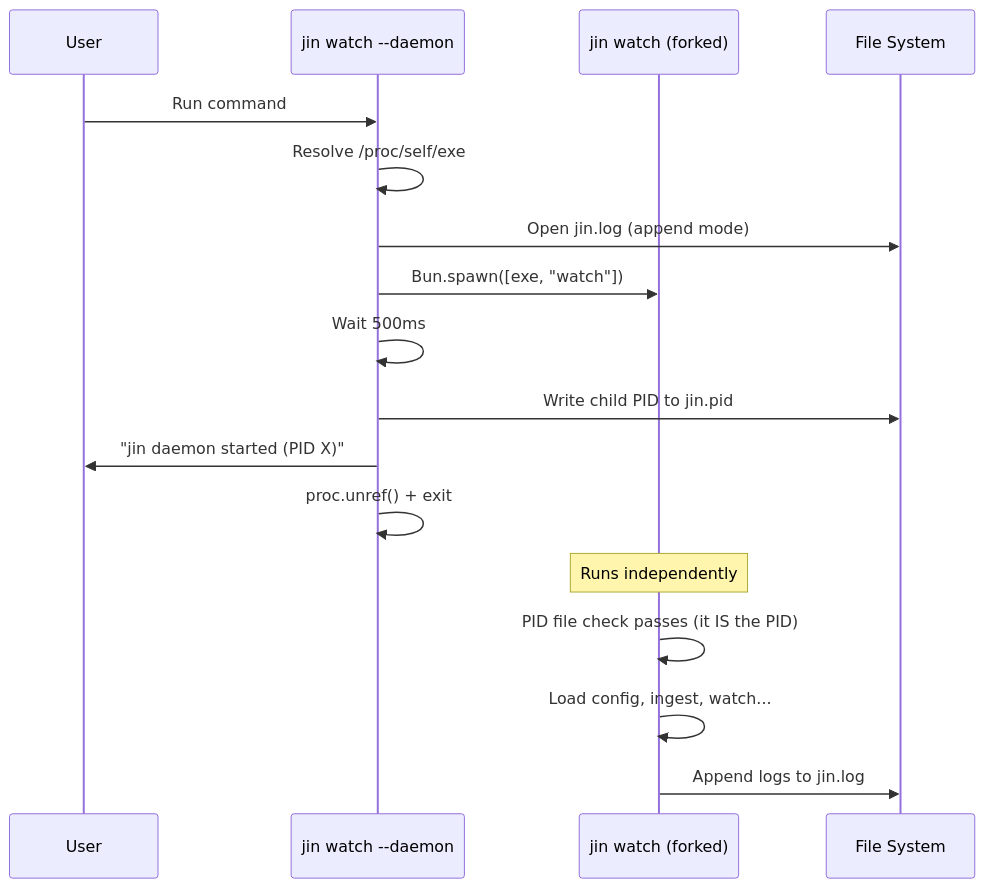
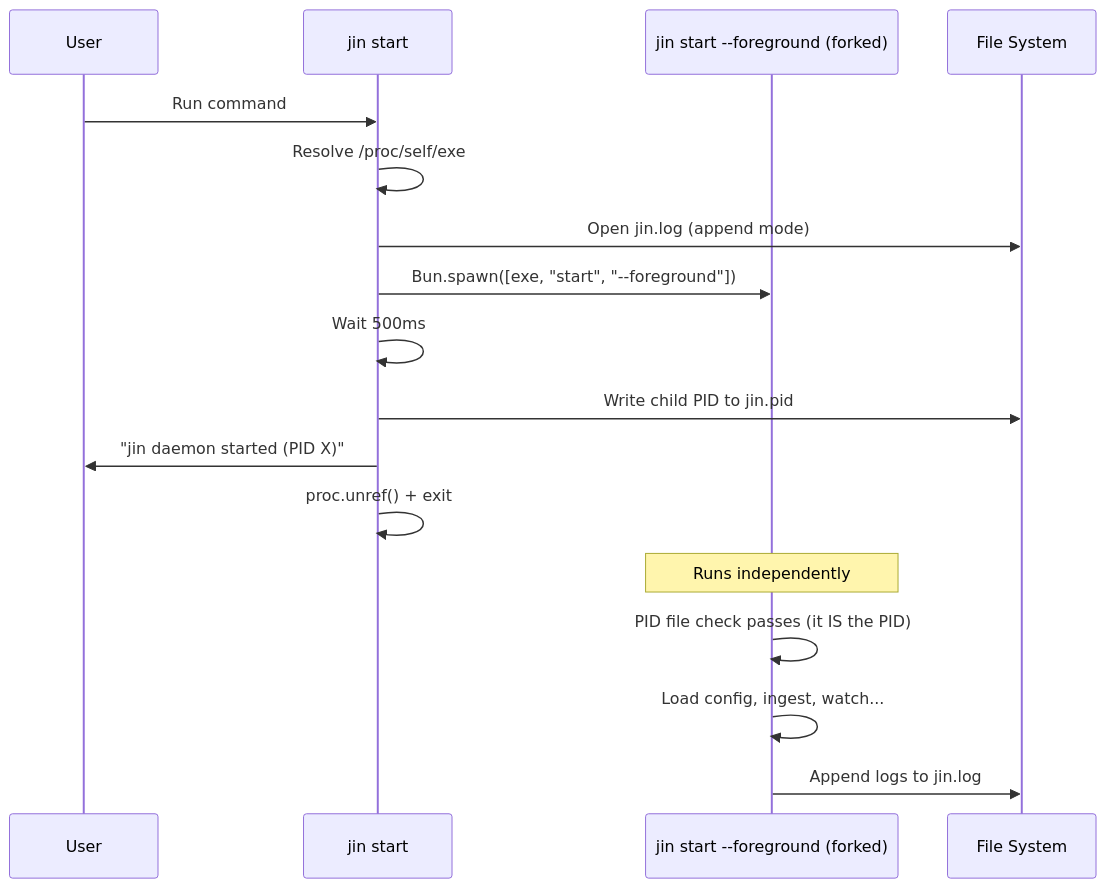
One commit to mendeleden/jin changed the second of 4 diagrams in contributing/ELI5/RUN_MODES.md. Above: the diagram before and after it, drawn with Mermaid. The commit also changed other lines of this file and 20 other files, not shown here.

````diff
--- a/contributing/ELI5/RUN_MODES.md
+++ b/contributing/ELI5/RUN_MODES.md
@@ -65,21 +65,21 @@
 ```mermaid
 sequenceDiagram
     participant User
-    participant Parent as jin watch --daemon
-    participant Child as jin watch (forked)
+    participant Parent as jin start
+    participant Child as jin start --foreground (forked)
     participant FS as File System
 
     User->>Parent: Run command
     Parent->>Parent: Resolve /proc/self/exe
     Parent->>FS: Open jin.log (append mode)
-    Parent->>Child: Bun.spawn([exe, "watch"])
+    Parent->>Child: Bun.spawn([exe, "start", "--foreground"])
     Parent->>Parent: Wait 500ms
     Parent->>FS: Write child PID to jin.pid
     Parent->>User: "jin daemon started (PID X)"
     Parent->>Parent: proc.unref() + exit
 
     Note over Child: Runs independently
     Child->>Child: PID file check passes (it IS the PID)
     Child->>Child: Load config, ingest, watch...
     Child->>FS: Append logs to jin.log
 ```
````
